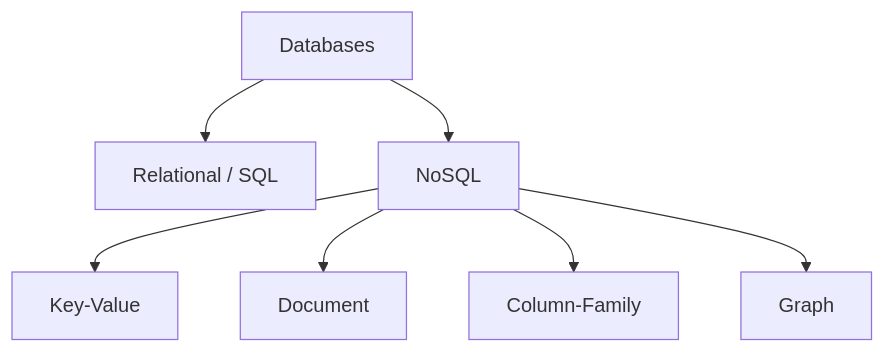
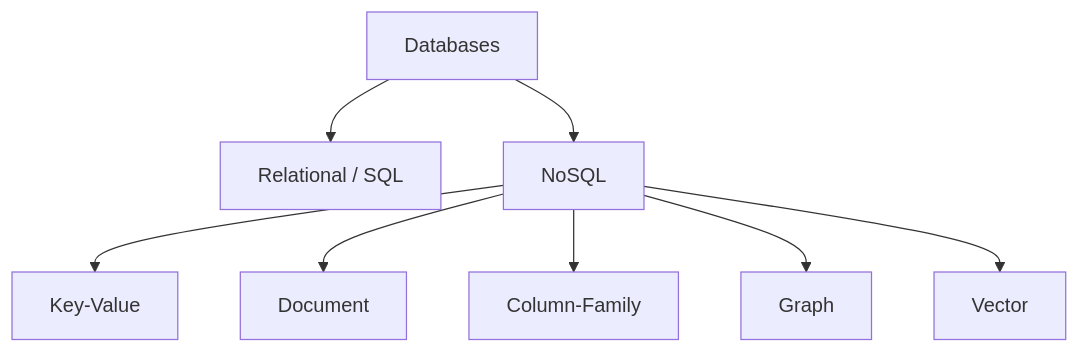
The diagram in 01-fundamentals/03-types-of-databases.md (heinhtetzan/learn-databases), drawn with Mermaid before and after one commit. The commit also changed other lines of this file and 5 other files, not shown here.

Commit message:
Add support for Vector databases in lessons and update related charts

````diff
--- a/01-fundamentals/03-types-of-databases.md
+++ b/01-fundamentals/03-types-of-databases.md
@@ -16,9 +16,10 @@
 ```mermaid
 flowchart TD
     DB[Databases] --> SQL[Relational / SQL]
     DB --> NOSQL[NoSQL]
     NOSQL --> KV[Key-Value]
     NOSQL --> DOC[Document]
     NOSQL --> COL[Column-Family]
     NOSQL --> GRAPH[Graph]
+    NOSQL --> VEC[Vector]
 ```
````
